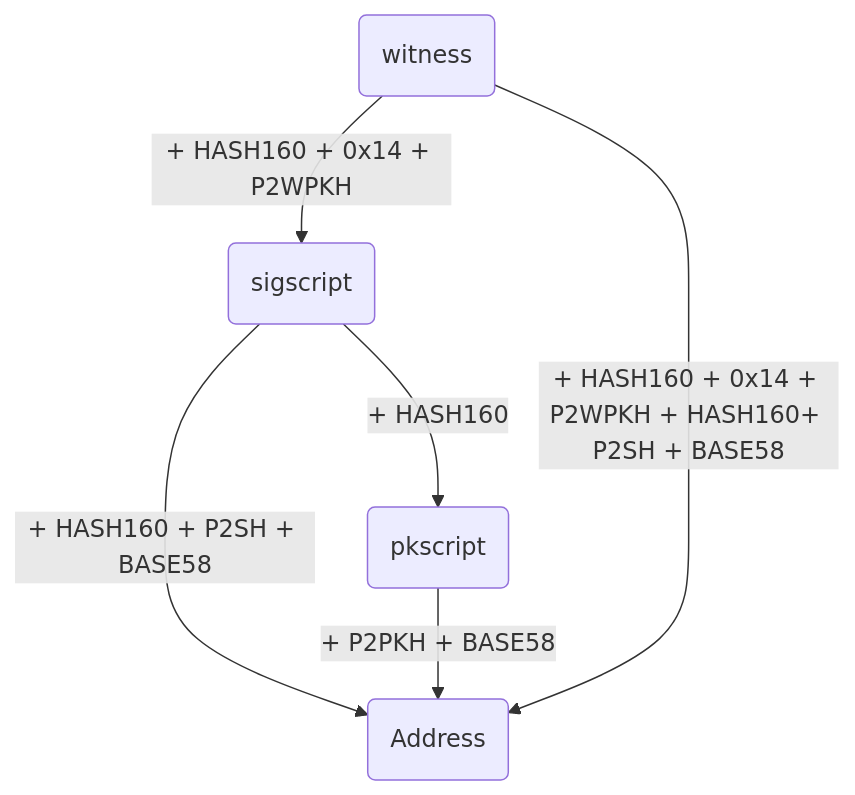
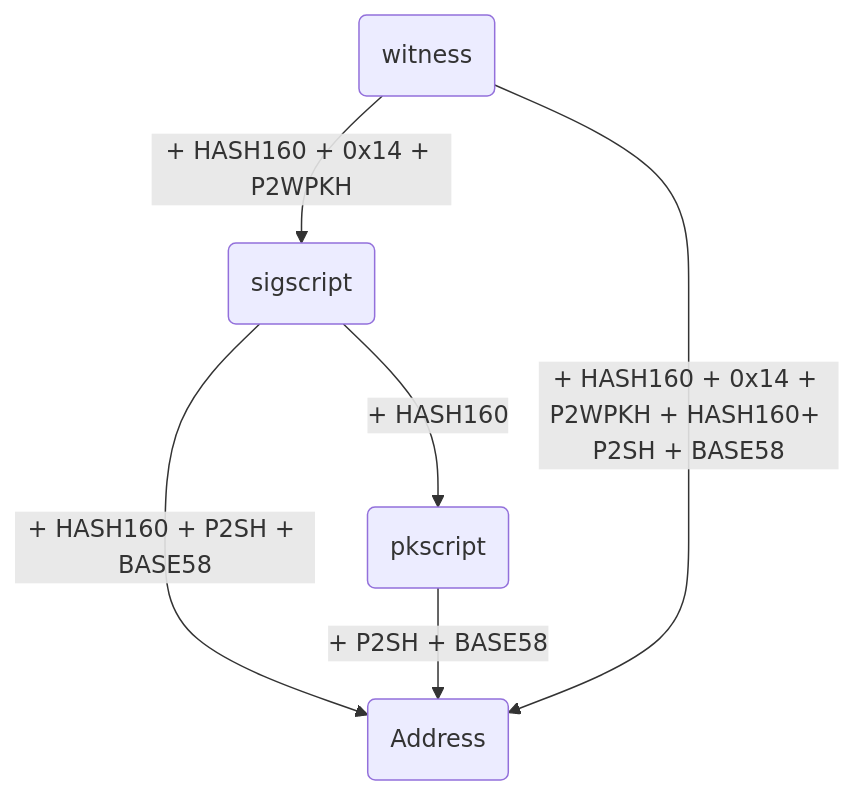
Before and after one commit to oliviertm/BitcoinEcdsa: the third of 3 diagrams in README.md, drawn with Mermaid.

Commit message:
Fix error in diagram

````diff
--- a/README.md
+++ b/README.md
@@ -114,8 +114,8 @@
 ```mermaid
 graph TD;
     S(sigscript)-->|+ HASH160 + P2SH + BASE58| A(Address);
     S -->|+ HASH160| P(pkscript);
-    P(pkscript)-->|+ P2PKH + BASE58| A
+    P(pkscript)-->|+ P2SH + BASE58| A
     W(witness)-->|+ HASH160 + 0x14 + P2WPKH| S;
     W(witness)-->|+ HASH160 + 0x14 + P2WPKH + HASH160+ P2SH + BASE58| A(Address);
 ```
````
